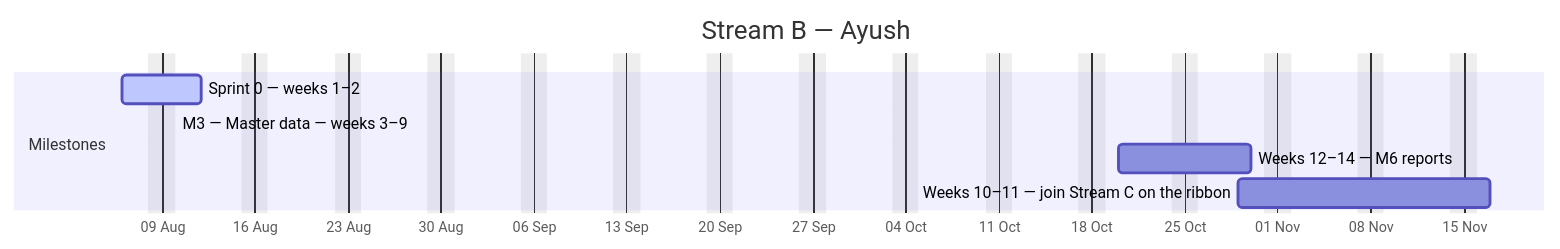
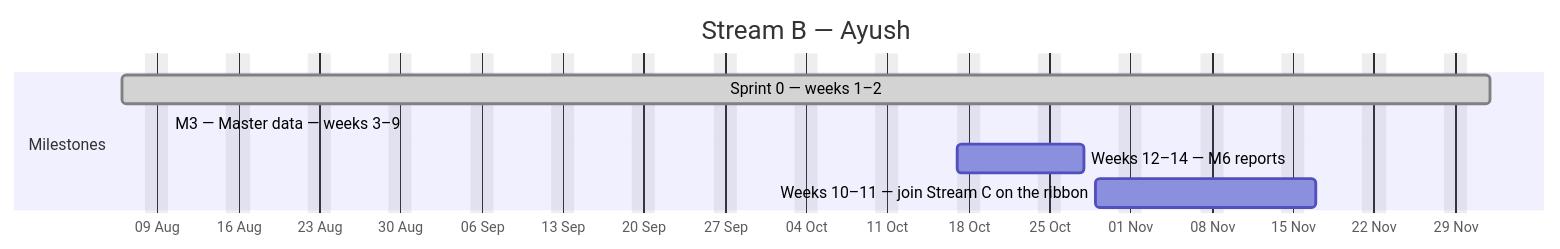
Before and after one commit to debashisedunext/EduTrack: the second of 4 diagrams in docs/plan/GANTT.md, drawn with Mermaid. The commit also changed other lines of this file and 2 other files, not shown here.

````diff
--- a/docs/plan/GANTT.md
+++ b/docs/plan/GANTT.md
@@ -140,12 +139,12 @@
 ```mermaid
 gantt
     dateFormat YYYY-MM-DD
     axisFormat %d %b
     title Stream B — Ayush
     excludes weekends
     section Milestones
-    Sprint 0 — weeks 1–2 :active, b0, 2026-08-06, 4d
-    M3 — Master data — weeks 3–9 :active, b1, 2026-08-10, -14d
-    Weeks 12–14 — M6 reports :b2, 2026-10-20, 8d
+    Sprint 0 — weeks 1–2 :done, b0, 2026-08-06, 84d
+    M3 — Master data — weeks 3–9 :active, b1, 2026-08-10, -15d
+    Weeks 12–14 — M6 reports :b2, 2026-10-17, 8d
     Weeks 10–11 — join Stream C on the ribbon :b3, 2026-10-29, 13d
 ```
````
